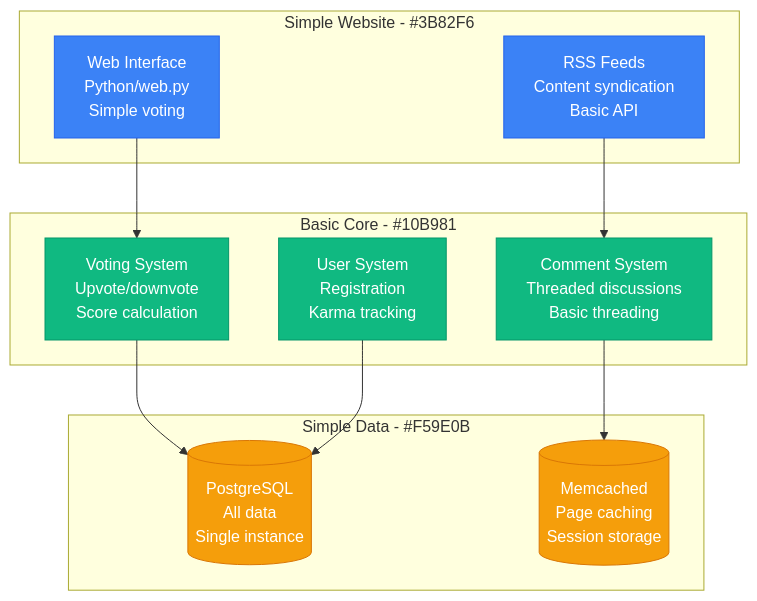
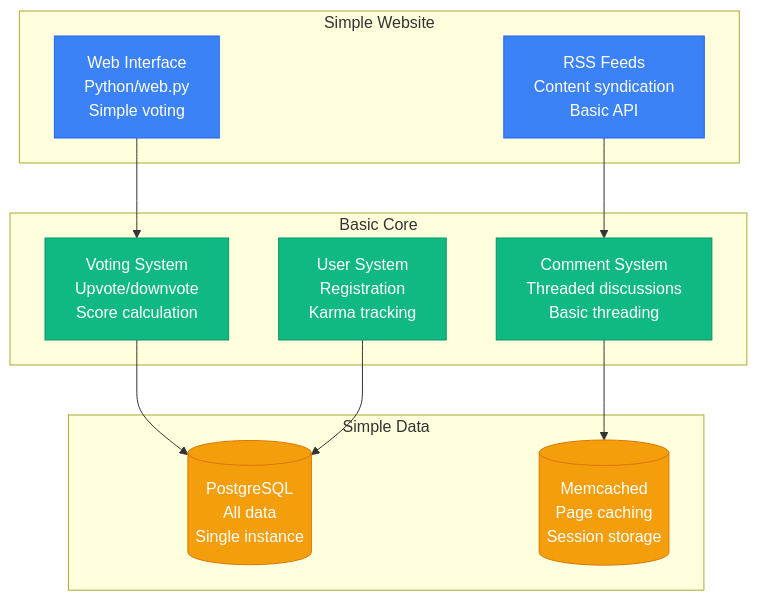
One commit to deepaucksharma/DS changed the first of 3 diagrams in site/docs/scaling/reddit-scale-evolution.md. Above: the diagram before and after it, drawn with Mermaid. The commit also changed other lines of this file and 169 other files, not shown here.

````diff
--- a/site/docs/scaling/reddit-scale-evolution.md
+++ b/site/docs/scaling/reddit-scale-evolution.md
@@ -17,32 +17,32 @@
 ```mermaid
 graph TB
-    subgraph SimpleSite[Simple Website - #3B82F6]
+    subgraph SimpleSite["Simple Website"]
         WEB_INTERFACE[Web Interface<br/>Python/web.py<br/>Simple voting]
         RSS_FEEDS[RSS Feeds<br/>Content syndication<br/>Basic API]
     end
 
-    subgraph BasicCore[Basic Core - #10B981]
+    subgraph BasicCore["Basic Core"]
         VOTING_SYSTEM[Voting System<br/>Upvote/downvote<br/>Score calculation]
         COMMENT_SYSTEM[Comment System<br/>Threaded discussions<br/>Basic threading]
         USER_SYSTEM[User System<br/>Registration<br/>Karma tracking]
     end
 
-    subgraph SimpleData[Simple Data - #F59E0B]
+    subgraph SimpleData["Simple Data"]
         POSTGRES[(PostgreSQL<br/>All data<br/>Single instance)]
         MEMCACHED[(Memcached<br/>Page caching<br/>Session storage)]
     end
 
     WEB_INTERFACE --> VOTING_SYSTEM
     RSS_FEEDS --> COMMENT_SYSTEM
     VOTING_SYSTEM --> POSTGRES
     COMMENT_SYSTEM --> MEMCACHED
     USER_SYSTEM --> POSTGRES
 
     classDef siteStyle fill:#3B82F6,stroke:#2563EB,color:#fff
     classDef coreStyle fill:#10B981,stroke:#059669,color:#fff
     classDef dataStyle fill:#F59E0B,stroke:#D97706,color:#fff
 
     class WEB_INTERFACE,RSS_FEEDS siteStyle
     class VOTING_SYSTEM,COMMENT_SYSTEM,USER_SYSTEM coreStyle
     class POSTGRES,MEMCACHED dataStyle
 ```
````
